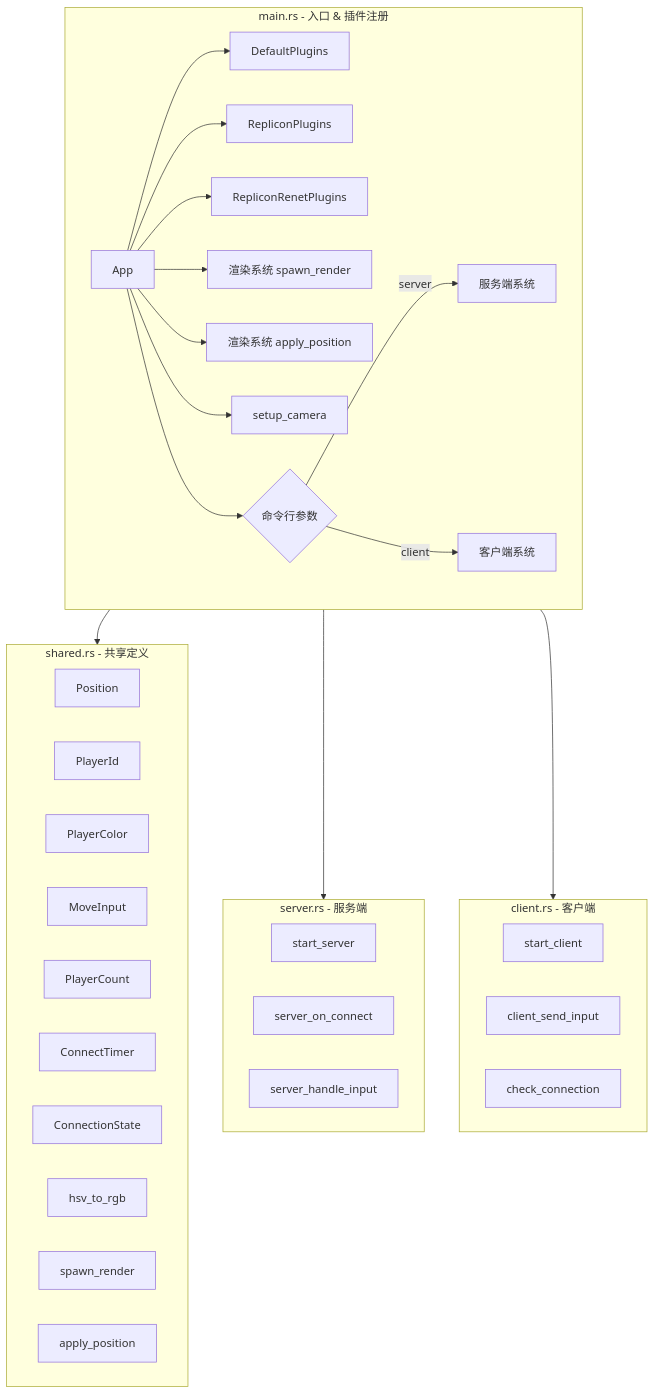
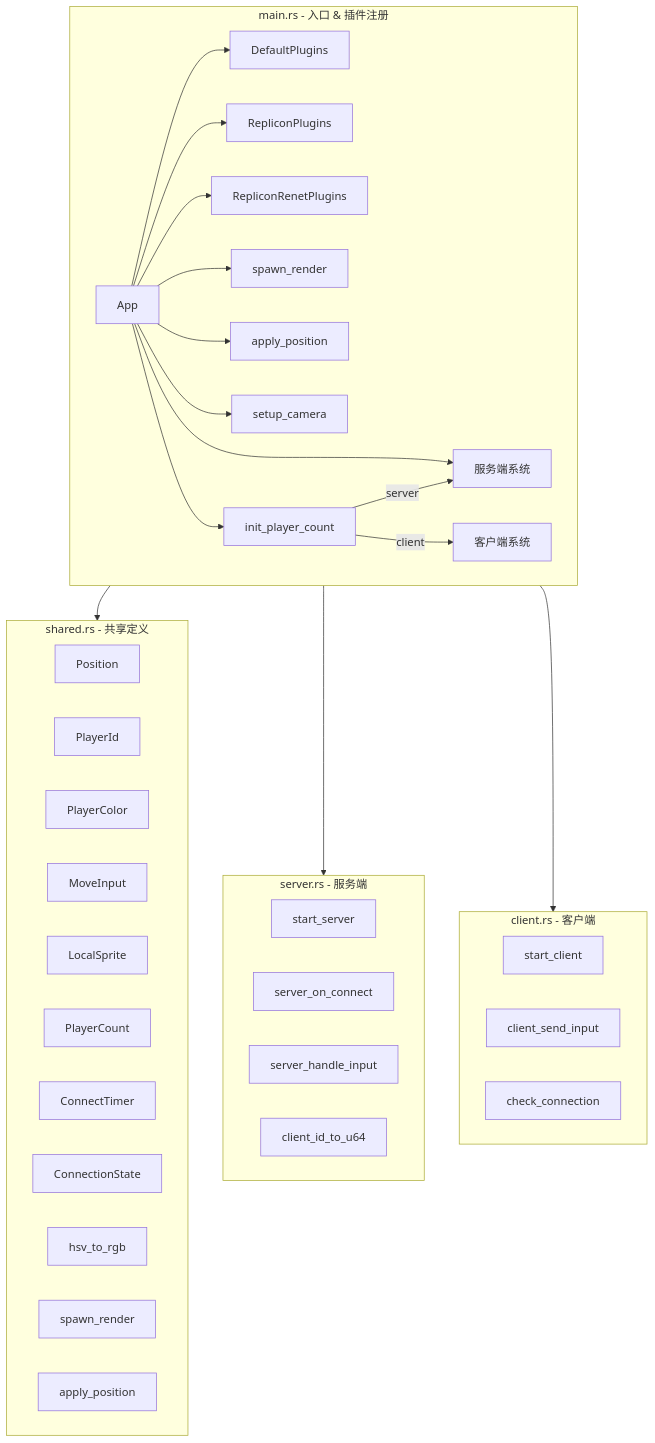
One commit to kindywu/simple_bevy changed the first of 6 diagrams in DESIGN.md. Above: the diagram before and after it, drawn with Mermaid. The commit also changed other lines of this file and 3 other files, not shown here.

````diff
--- a/DESIGN.md
+++ b/DESIGN.md
@@ -18,43 +18,46 @@
 ```mermaid
 graph TD
     subgraph main["main.rs - 入口 & 插件注册"]
         A[App] --> B[DefaultPlugins]
         A --> C[RepliconPlugins]
         A --> D[RepliconRenetPlugins]
-        A --> E[渲染系统 spawn_render]
-        A --> F[渲染系统 apply_position]
+        A --> E[spawn_render]
+        A --> F[apply_position]
         A --> G[setup_camera]
-        A --> H{命令行参数}
+        A --> H[init_player_count]
+        A --> I{命令行参数}
         H -->|server| I[服务端系统]
         H -->|client| J[客户端系统]
     end
 
     subgraph shared["shared.rs - 共享定义"]
         K[Position]
         L[PlayerId]
         M[PlayerColor]
         N[MoveInput]
-        O[PlayerCount]
-        P[ConnectTimer]
-        Q[ConnectionState]
-        R[hsv_to_rgb]
-        S[spawn_render]
-        T[apply_position]
+        O[LocalSprite]
+        P[PlayerCount]
+        Q[ConnectTimer]
+        R[ConnectionState]
+        S[hsv_to_rgb]
+        T[spawn_render]
+        U[apply_position]
     end
 
     subgraph server["server.rs - 服务端"]
-        U[start_server]
-        V[server_on_connect]
-        W[server_handle_input]
+        V[start_server]
+        W[server_on_connect]
+        X[server_handle_input]
+        Y[client_id_to_u64]
     end
 
     subgraph client["client.rs - 客户端"]
-        X[start_client]
-        Y[client_send_input]
-        Z[check_connection]
+        Z[start_client]
+        AA[client_send_input]
+        AB[check_connection]
     end
 
     main --> shared
     main --> server
     main --> client
 ```
````
